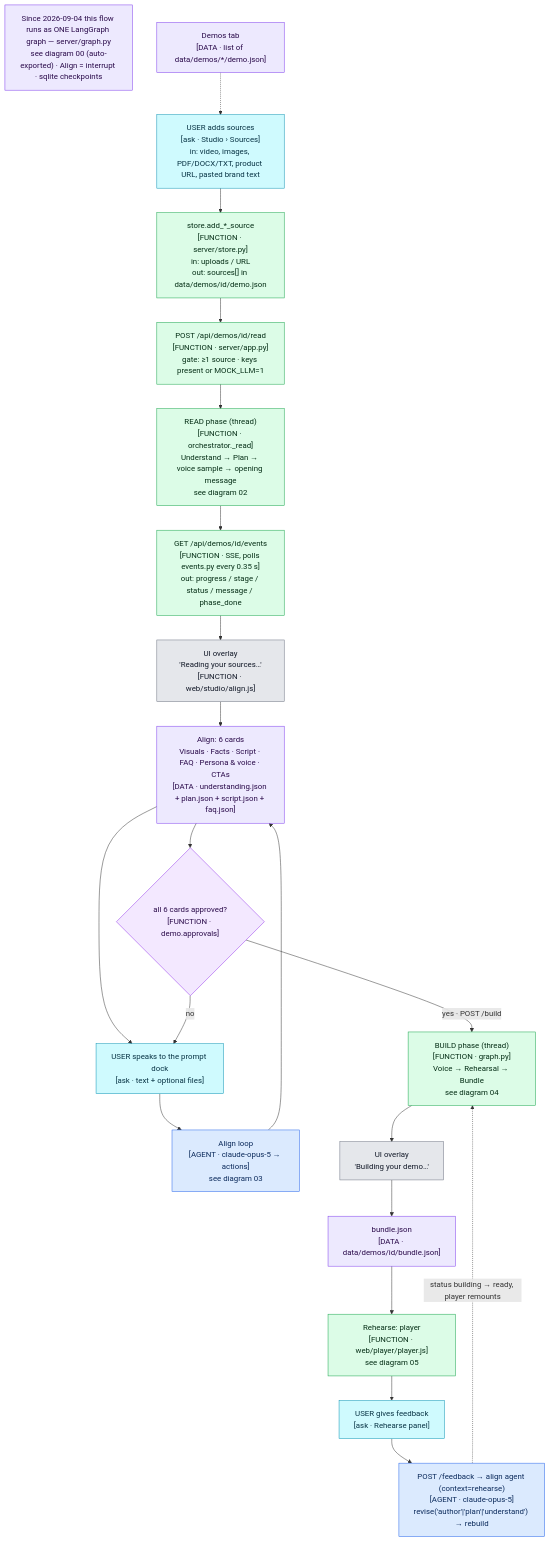
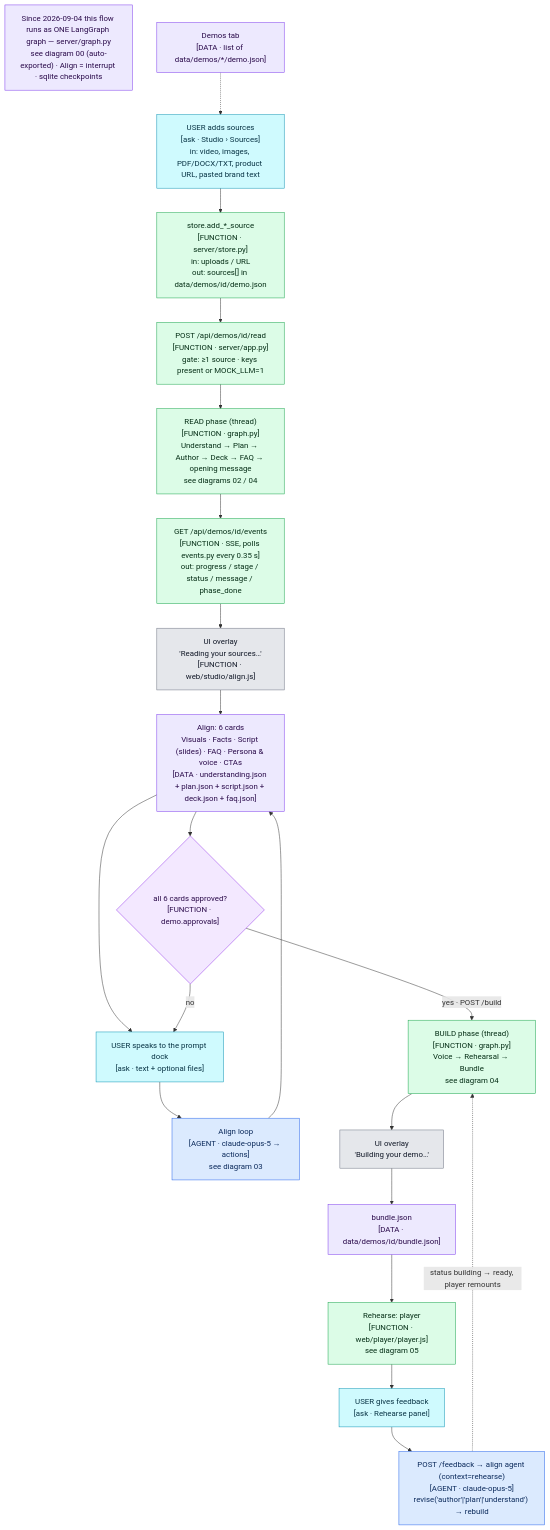
The diagram in docs/mermaid/01-master.mmd (APareek89/demo-studio), drawn with Mermaid before and after one commit. The commit also changed 23 other files, not shown here.

```diff
--- a/docs/mermaid/01-master.mmd
+++ b/docs/mermaid/01-master.mmd
@@ -1,35 +1,35 @@
 %% 01 · Master flow — Demo Studio (Sources → Align → Rehearse)
 flowchart TD
   LG["Since 2026-09-04 this flow runs as ONE LangGraph graph — server/graph.py<br/>see diagram 00 (auto-exported) · Align = interrupt · sqlite checkpoints"]:::data
   U["USER adds sources<br/>[ask · Studio › Sources]<br/>in: video, images, PDF/DOCX/TXT, product URL, pasted brand text"]:::ask
   ING["store.add_*_source<br/>[FUNCTION · server/store.py]<br/>in: uploads / URL<br/>out: sources[] in data/demos/id/demo.json"]:::fn
   READBTN["POST /api/demos/id/read<br/>[FUNCTION · server/app.py]<br/>gate: ≥1 source · keys present or MOCK_LLM=1"]:::fn
-  READ["READ phase (thread)<br/>[FUNCTION · orchestrator._read]<br/>Understand → Plan → voice sample → opening message<br/>see diagram 02"]:::fn
+  READ["READ phase (thread)<br/>[FUNCTION · graph.py]<br/>Understand → Plan → Author → Deck → FAQ → opening message<br/>see diagrams 02 / 04"]:::fn
   SSE["GET /api/demos/id/events<br/>[FUNCTION · SSE, polls events.py every 0.35 s]<br/>out: progress / stage / status / message / phase_done"]:::fn
   OVER1["UI overlay<br/>'Reading your sources…'<br/>[FUNCTION · web/studio/align.js]"]:::term
-  CARDS["Align: 6 cards<br/>Visuals · Facts · Script · FAQ · Persona & voice · CTAs<br/>[DATA · understanding.json + plan.json + script.json + faq.json]"]:::data
+  CARDS["Align: 6 cards<br/>Visuals · Facts · Script (slides) · FAQ · Persona & voice · CTAs<br/>[DATA · understanding.json + plan.json + script.json + deck.json + faq.json]"]:::data
   DOCK["USER speaks to the prompt dock<br/>[ask · text + optional files]"]:::ask
   ALIGN["Align loop<br/>[AGENT · claude-opus-5 → actions]<br/>see diagram 03"]:::agent
   APPR{"all 6 cards approved?<br/>[FUNCTION · demo.approvals]"}:::dec
   BUILD["BUILD phase (thread)<br/>[FUNCTION · graph.py]<br/>Voice → Rehearsal → Bundle<br/>see diagram 04"]:::fn
   OVER2["UI overlay<br/>'Building your demo…'"]:::term
   BUNDLE["bundle.json<br/>[DATA · data/demos/id/bundle.json]"]:::data
   PLAY["Rehearse: player<br/>[FUNCTION · web/player/player.js]<br/>see diagram 05"]:::fn
   FB["USER gives feedback<br/>[ask · Rehearse panel]"]:::ask
   FBA["POST /feedback → align agent (context=rehearse)<br/>[AGENT · claude-opus-5]<br/>revise('author'|'plan'|'understand') → rebuild"]:::agent
   LIB["Demos tab<br/>[DATA · list of data/demos/*/demo.json]"]:::data
 
   U --> ING --> READBTN --> READ --> SSE --> OVER1 --> CARDS
   CARDS --> DOCK --> ALIGN --> CARDS
   CARDS --> APPR
   APPR -- "no" --> DOCK
   APPR -- "yes · POST /build" --> BUILD --> OVER2 --> BUNDLE --> PLAY
   PLAY --> FB --> FBA -.->|"status building → ready, player remounts"| BUILD
   LIB -.-> U
 
   classDef agent fill:#dbeafe,stroke:#2563eb,color:#0b2a5b;
   classDef fn fill:#dcfce7,stroke:#16a34a,color:#052e16;
   classDef dec fill:#f3e8ff,stroke:#9333ea,color:#2a0a4a;
   classDef term fill:#e5e7eb,stroke:#6b7280,color:#111827;
   classDef ask fill:#cffafe,stroke:#0891b2,color:#083344;
   classDef data fill:#ede9fe,stroke:#7c3aed,color:#2a0a4a;
```
